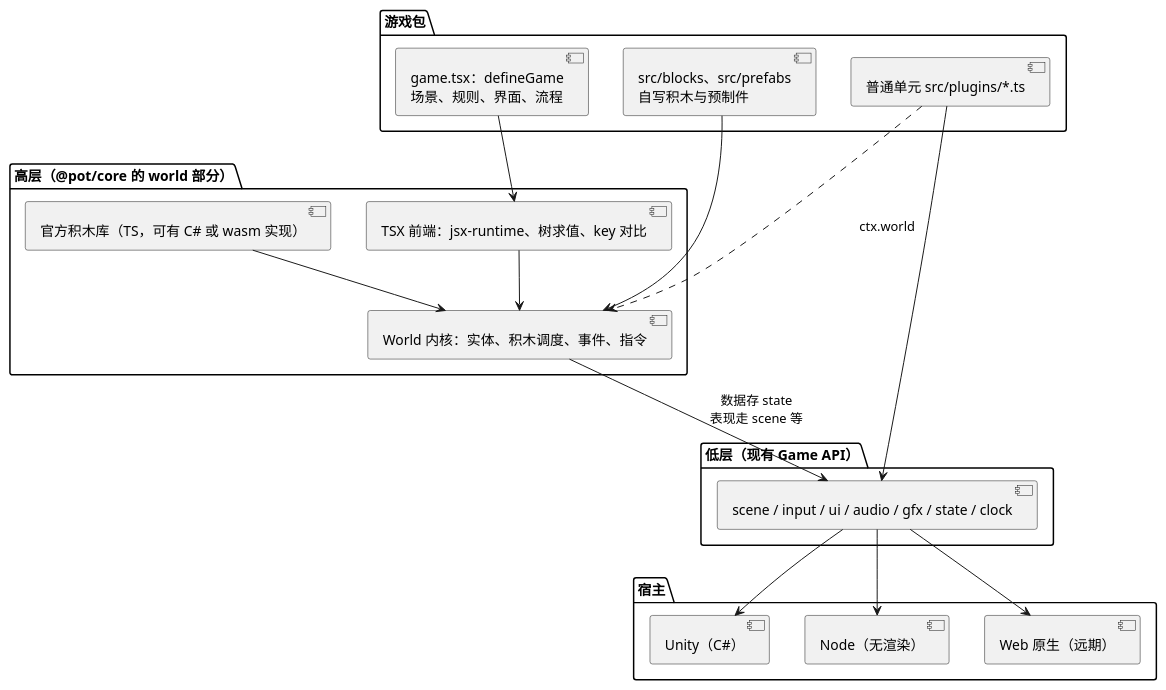
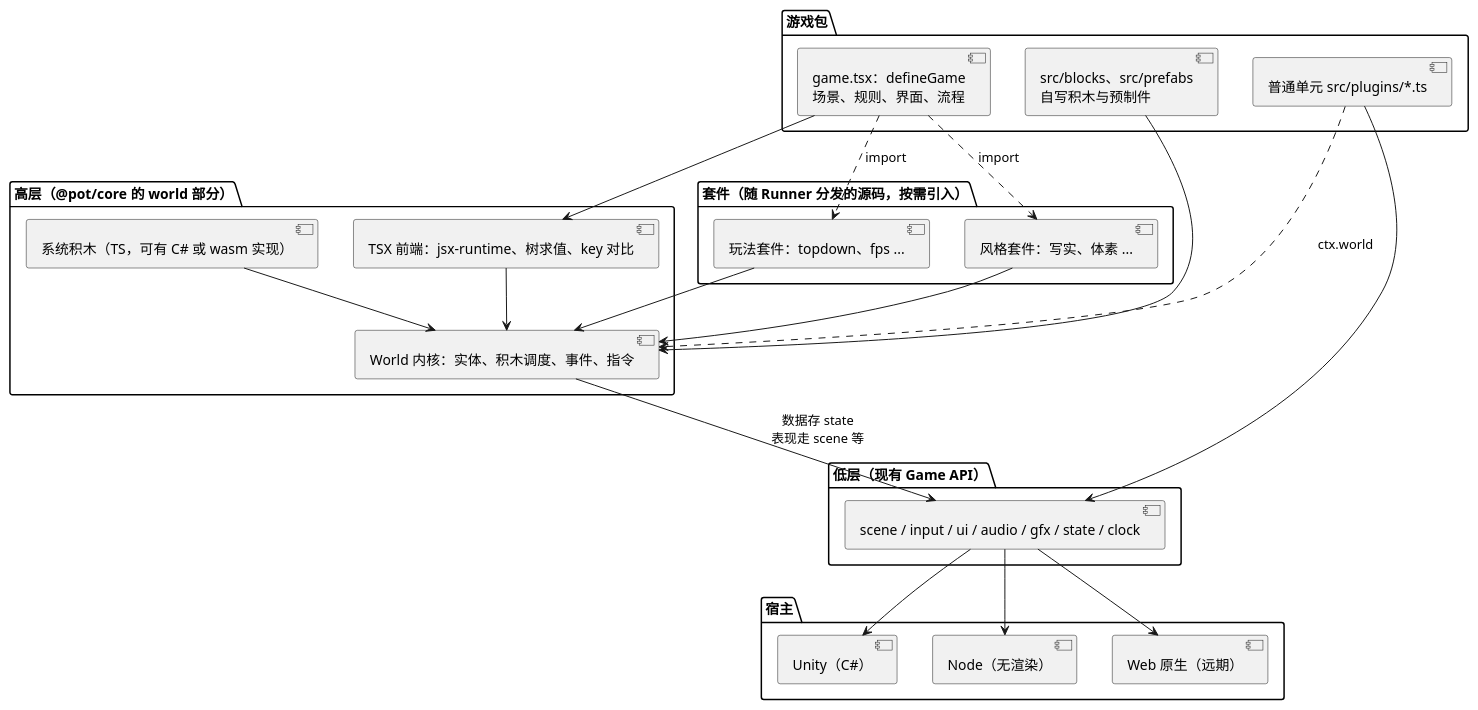
One commit to chexiongsheng/pot changed the first of 2 diagrams in docs/004-high-level-api-design.md. Above: the diagram before and after it, drawn with PlantUML. The commit also changed other lines of this file, not shown here.

````diff
--- a/docs/004-high-level-api-design.md
+++ b/docs/004-high-level-api-design.md
@@ -298,32 +302,40 @@
 ```plantuml
 @startuml
 package "游戏包" {
   [game.tsx：defineGame\n场景、规则、界面、流程] as Game
   [src/blocks、src/prefabs\n自写积木与预制件] as Own
   [普通单元 src/plugins/*.ts] as Units
 }
+package "套件（随 Runner 分发的源码，按需引入）" {
+  [玩法套件：topdown、fps ...] as Kits
+  [风格套件：写实、体素 ...] as Styles
+}
 package "高层（@pot/core 的 world 部分）" {
   [TSX 前端：jsx-runtime、树求值、key 对比] as Front
   [World 内核：实体、积木调度、事件、指令] as Kernel
-  [官方积木库（TS，可有 C# 或 wasm 实现）] as Blocks
+  [系统积木（TS，可有 C# 或 wasm 实现）] as Blocks
 }
 package "低层（现有 Game API）" {
   [scene / input / ui / audio / gfx / state / clock] as Low
 }
 package "宿主" {
   [Unity（C#）] as Unity
   [Node（无渲染）] as Node
   [Web 原生（远期）] as Web
 }
 Game --> Front
+Game ..> Kits : import
+Game ..> Styles : import
+Kits --> Kernel
+Styles --> Kernel
 Own --> Kernel
 Front --> Kernel
 Blocks --> Kernel
 Kernel --> Low : 数据存 state\n表现走 scene 等
 Units --> Low
 Units ..> Kernel : ctx.world
 Low --> Unity
 Low --> Node
 Low --> Web
 @enduml
 ```
````
